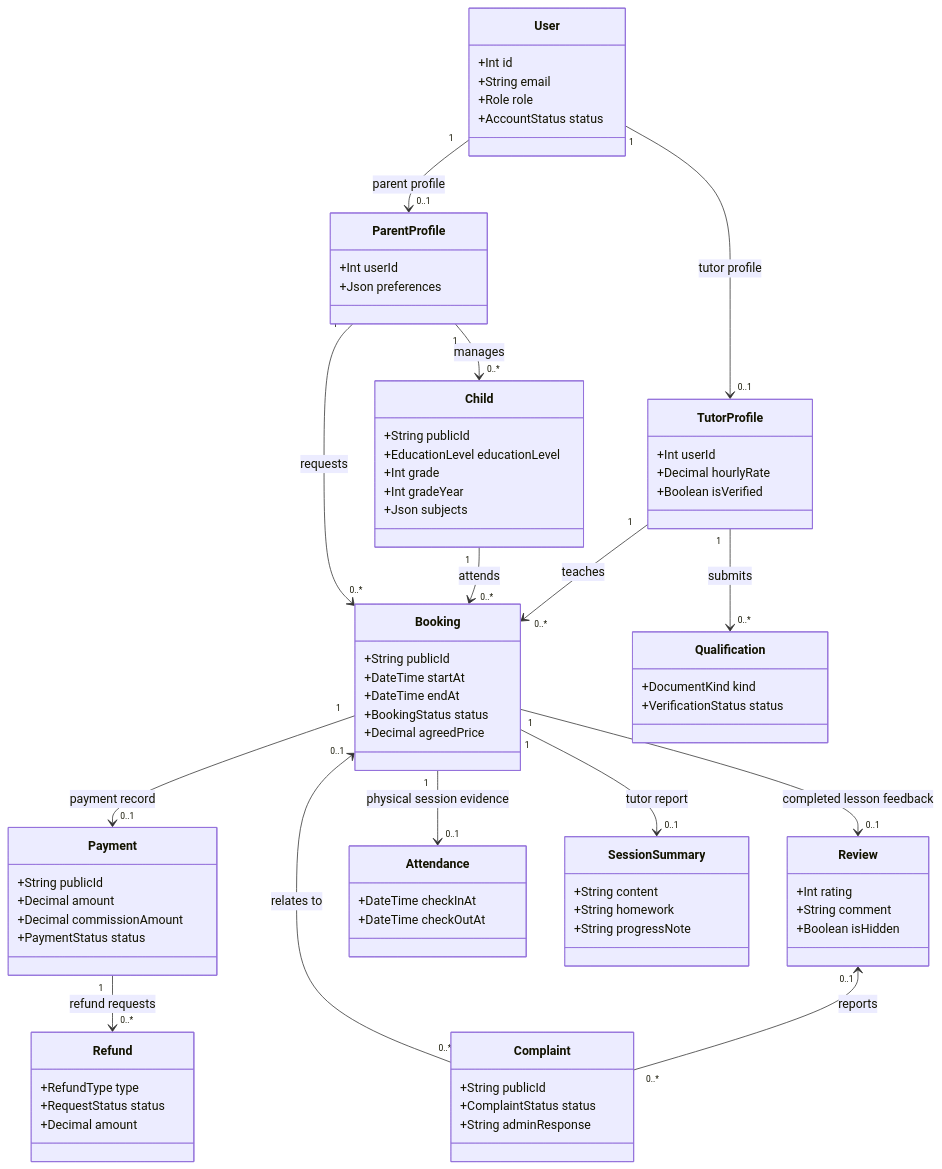
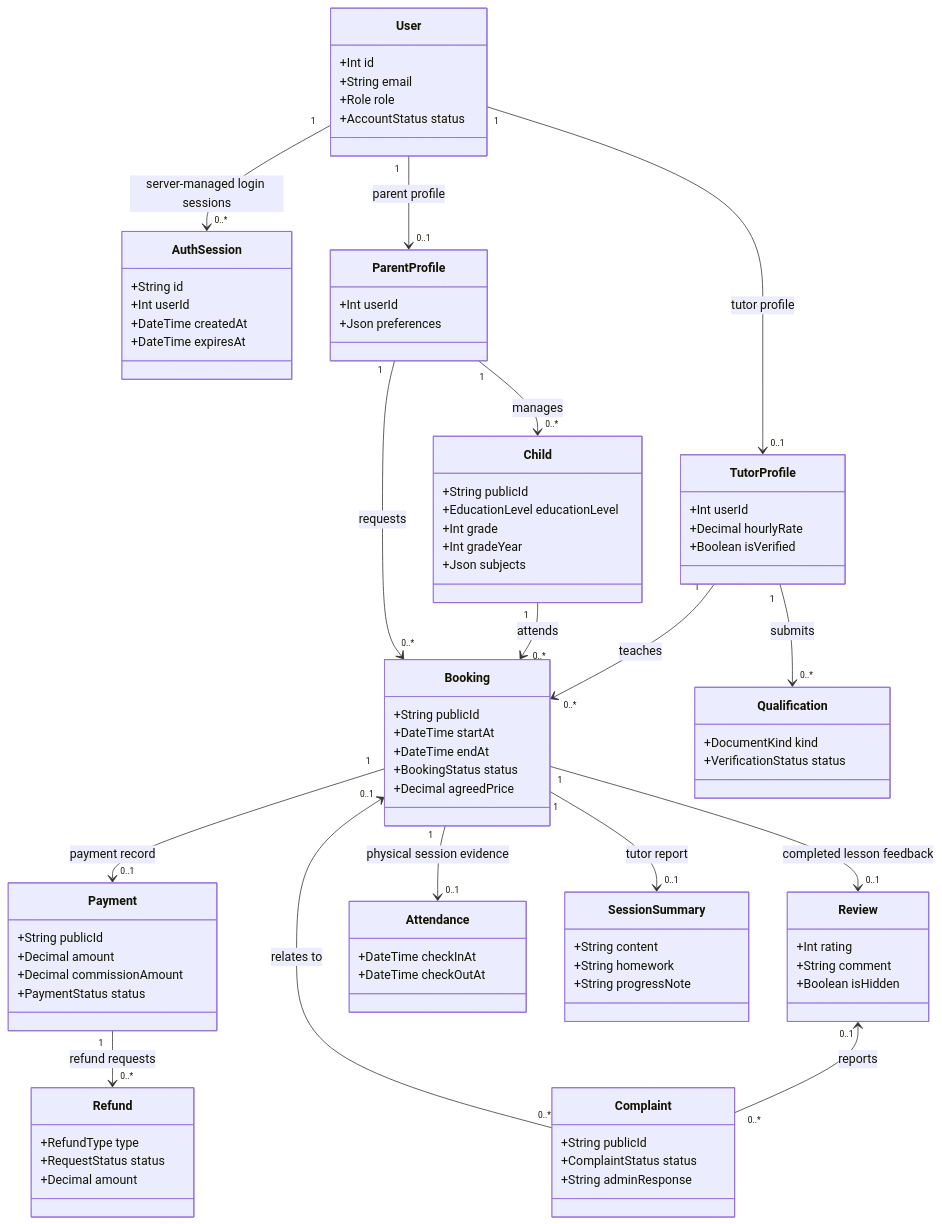
One commit to Xinyue1006/wondertutor changed the second of 3 diagrams in docs/CURRENT_DATA_MODEL.md. Above: the diagram before and after it, drawn with Mermaid. The commit also changed other lines of this file and 41 other files, not shown here.

```diff
--- a/docs/CURRENT_DATA_MODEL.md
+++ b/docs/CURRENT_DATA_MODEL.md
@@ -365,6 +374,12 @@
     +String email
     +Role role
     +AccountStatus status
+  }
+  class AuthSession {
+    +String id
+    +Int userId
+    +DateTime createdAt
+    +DateTime expiresAt
   }
   class ParentProfile {
     +Int userId
@@ -423,6 +438,7 @@
     +String homework
     +String progressNote
   }
+  User "1" --> "0..*" AuthSession : server-managed login sessions
   User "1" --> "0..1" ParentProfile : parent profile
   User "1" --> "0..1" TutorProfile : tutor profile
   ParentProfile "1" --> "0..*" Child : manages
```
